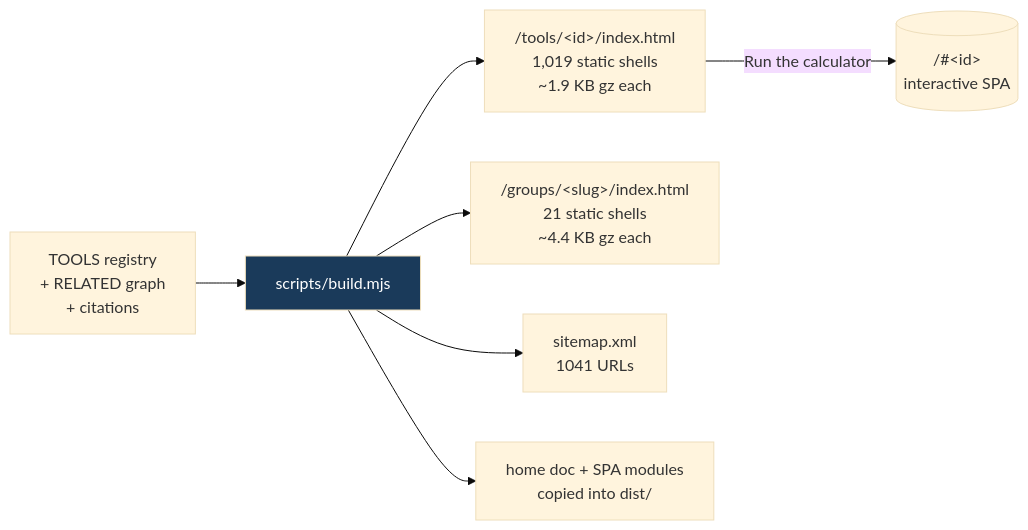
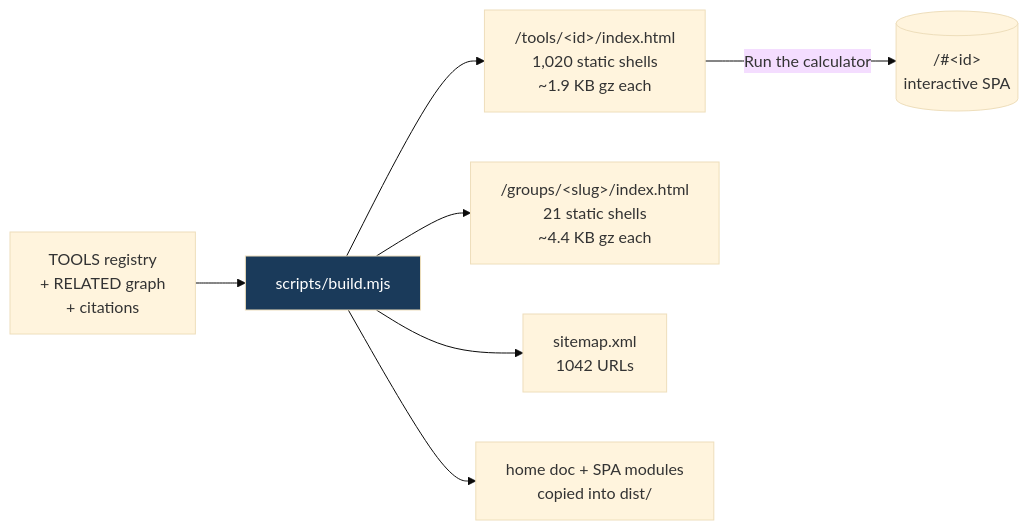
The fifth of 8 diagrams in README.md (clay-good/roughlogic.com), drawn with Mermaid (base theme) before and after one commit. The commit also changed other lines of this file and 12 other files, not shown here.

````diff
--- a/README.md
+++ b/README.md
@@ -495,10 +495,10 @@
 ```mermaid
 flowchart LR
     SRC[TOOLS registry\n+ RELATED graph\n+ citations] --> BUILD[scripts/build.mjs]
-    BUILD --> TILE["/tools/&lt;id&gt;/index.html\n1,019 static shells\n~1.9 KB gz each"]
+    BUILD --> TILE["/tools/&lt;id&gt;/index.html\n1,020 static shells\n~1.9 KB gz each"]
     BUILD --> GROUP["/groups/&lt;slug&gt;/index.html\n21 static shells\n~4.4 KB gz each"]
-    BUILD --> MAP["sitemap.xml\n1041 URLs"]
+    BUILD --> MAP["sitemap.xml\n1042 URLs"]
     BUILD --> COPY[home doc + SPA modules\ncopied into dist/]
     TILE -->|Run the calculator| SPA[("/#&lt;id&gt;\ninteractive SPA")]
     style BUILD fill:#1a3a5a,color:#fff
 ```
````
